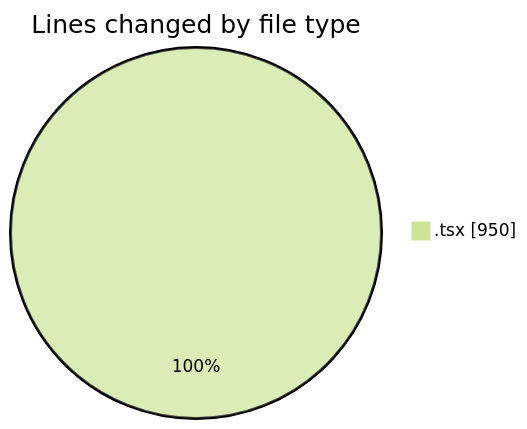
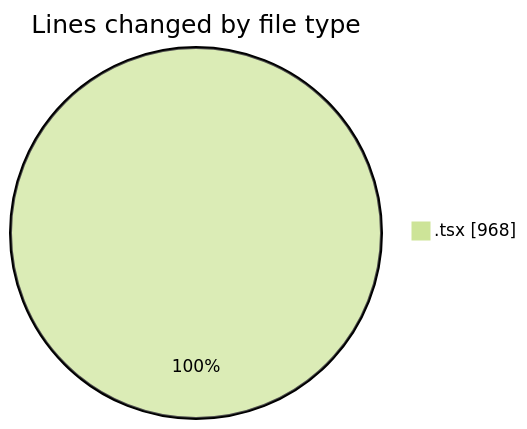
The first of 2 diagrams in 2025-03-11/mbc-web/README.md (robertbonfada/code-tracking), drawn with Mermaid (forest theme) before and after one commit. The commit also changed other lines of this file and 1 other file, not shown here.

````diff
--- a/2025-03-11/mbc-web/README.md
+++ b/2025-03-11/mbc-web/README.md
@@ -23,5 +23,5 @@
 ```mermaid
 pie showData
 title Lines changed by file type
-".tsx" : 950
+".tsx" : 968
 ```
````
